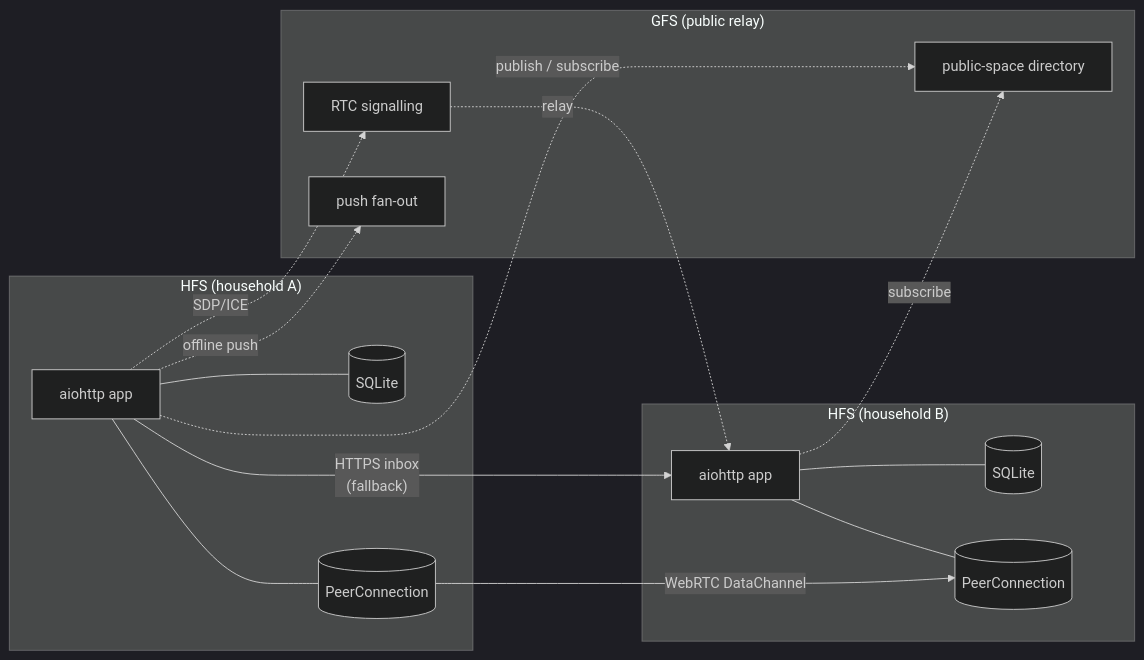
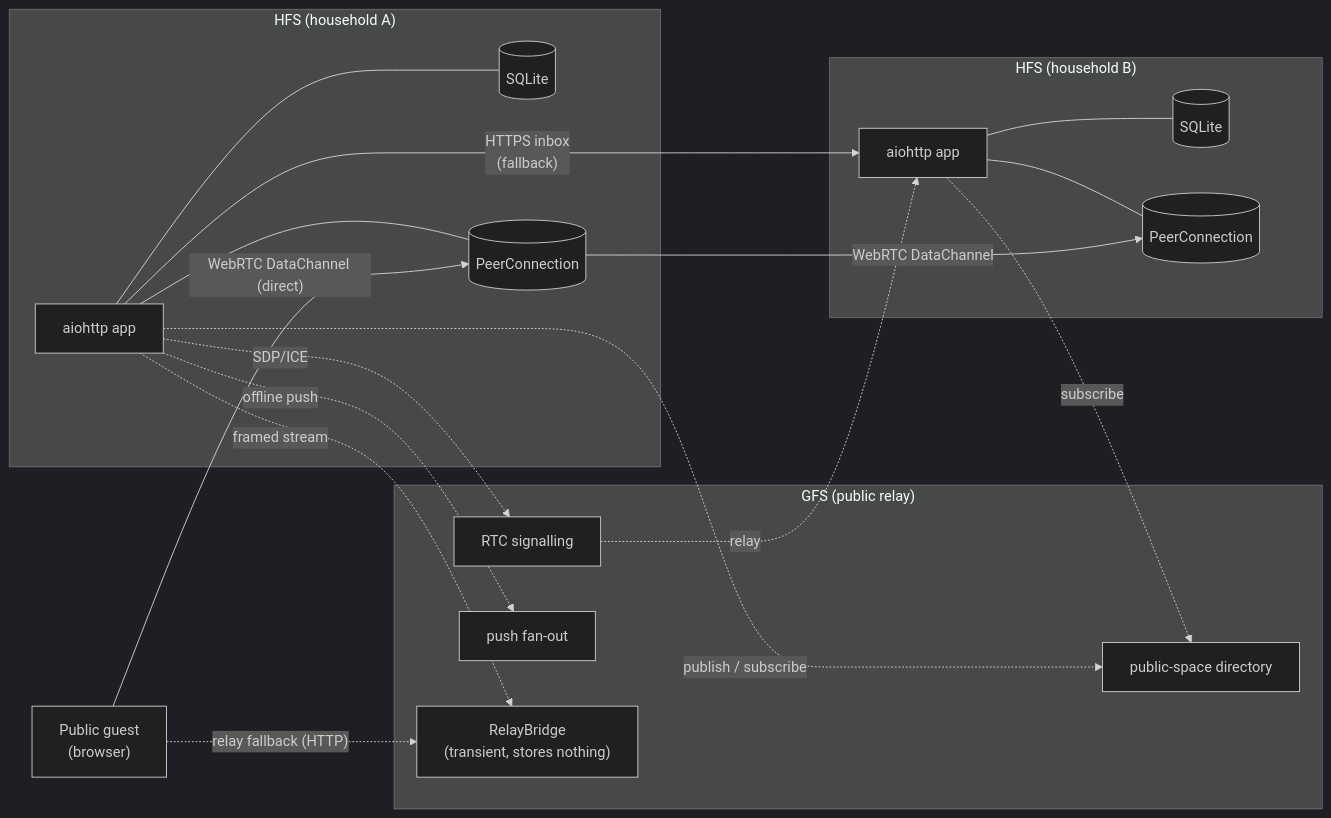
One commit to social-home-io/social-home changed the first of 2 diagrams in docs/architecture.md. Above: the diagram before and after it, drawn with Mermaid (dark theme). The commit also changed other lines of this file and 7 other files, not shown here.

First line of the commit message:
Docs for relay fallback + moments index; widen coverage on new code

````diff
--- a/docs/architecture.md
+++ b/docs/architecture.md
@@ -22,31 +33,37 @@
 ```mermaid
 flowchart LR
     subgraph HFS_A["HFS (household A)"]
         A_app["aiohttp app"]
         A_db[(SQLite)]
         A_pc[("PeerConnection")]
         A_app --- A_db
         A_app --- A_pc
     end
     subgraph HFS_B["HFS (household B)"]
         B_app["aiohttp app"]
         B_db[(SQLite)]
         B_pc[("PeerConnection")]
         B_app --- B_db
         B_app --- B_pc
     end
     subgraph GFS["GFS (public relay)"]
         G_dir["public-space directory"]
         G_rtc["RTC signalling"]
         G_push["push fan-out"]
+        G_bridge["RelayBridge<br/>(transient, stores nothing)"]
     end
+    V_pub["Public guest<br/>(browser)"]
 
     A_pc -- "WebRTC DataChannel" --> B_pc
     A_app -- "HTTPS inbox<br/>(fallback)" --> B_app
 
     A_app -. "publish / subscribe" .-> G_dir
     B_app -. "subscribe" .-> G_dir
     A_app -. "SDP/ICE" .-> G_rtc
     G_rtc -. "relay" .-> B_app
     A_app -. "offline push" .-> G_push
+
+    V_pub -- "WebRTC DataChannel (direct)" --> A_pc
+    V_pub -. "relay fallback (HTTP)" .-> G_bridge
+    A_app -. "framed stream" .-> G_bridge
 ```
````
